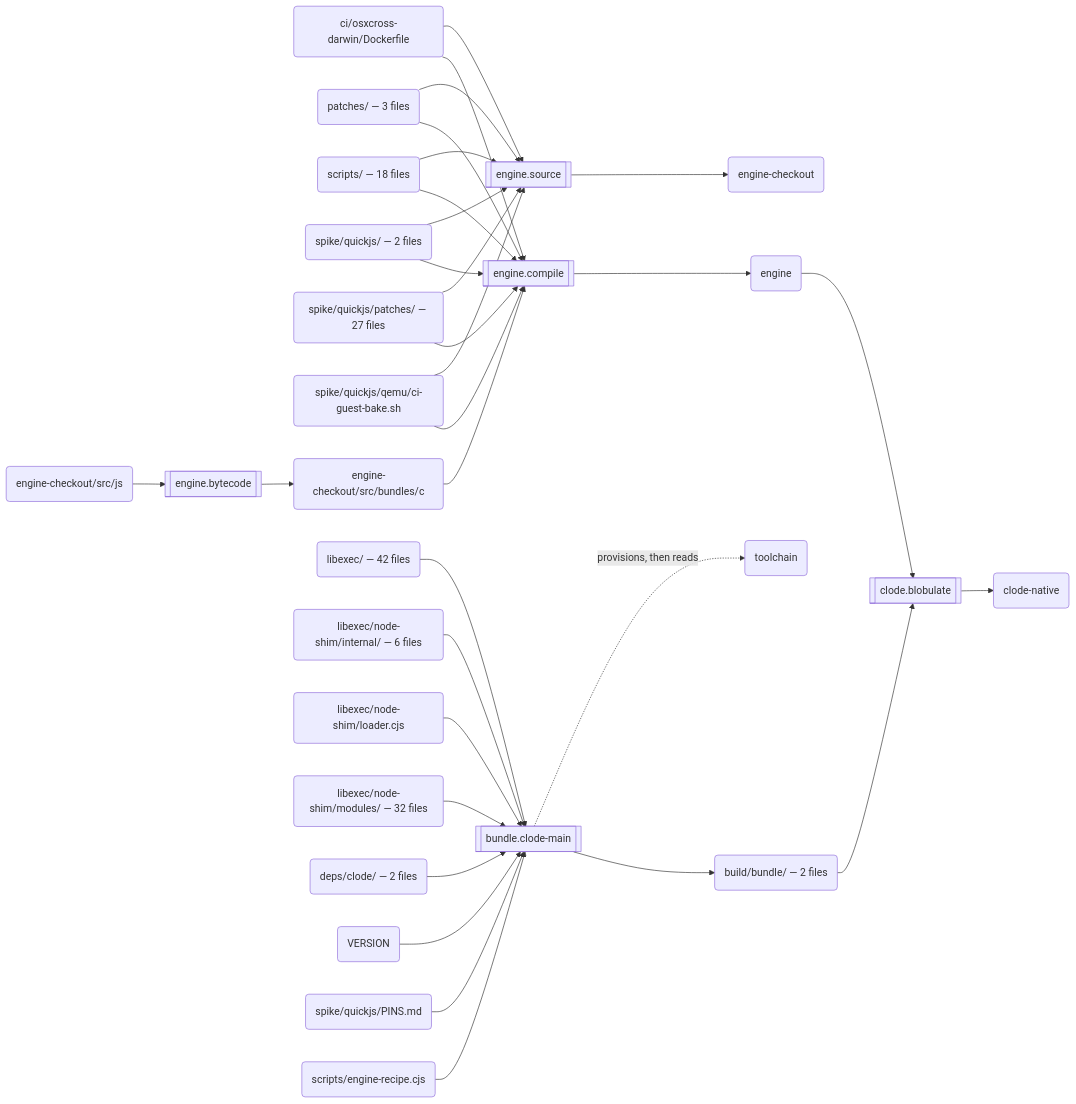
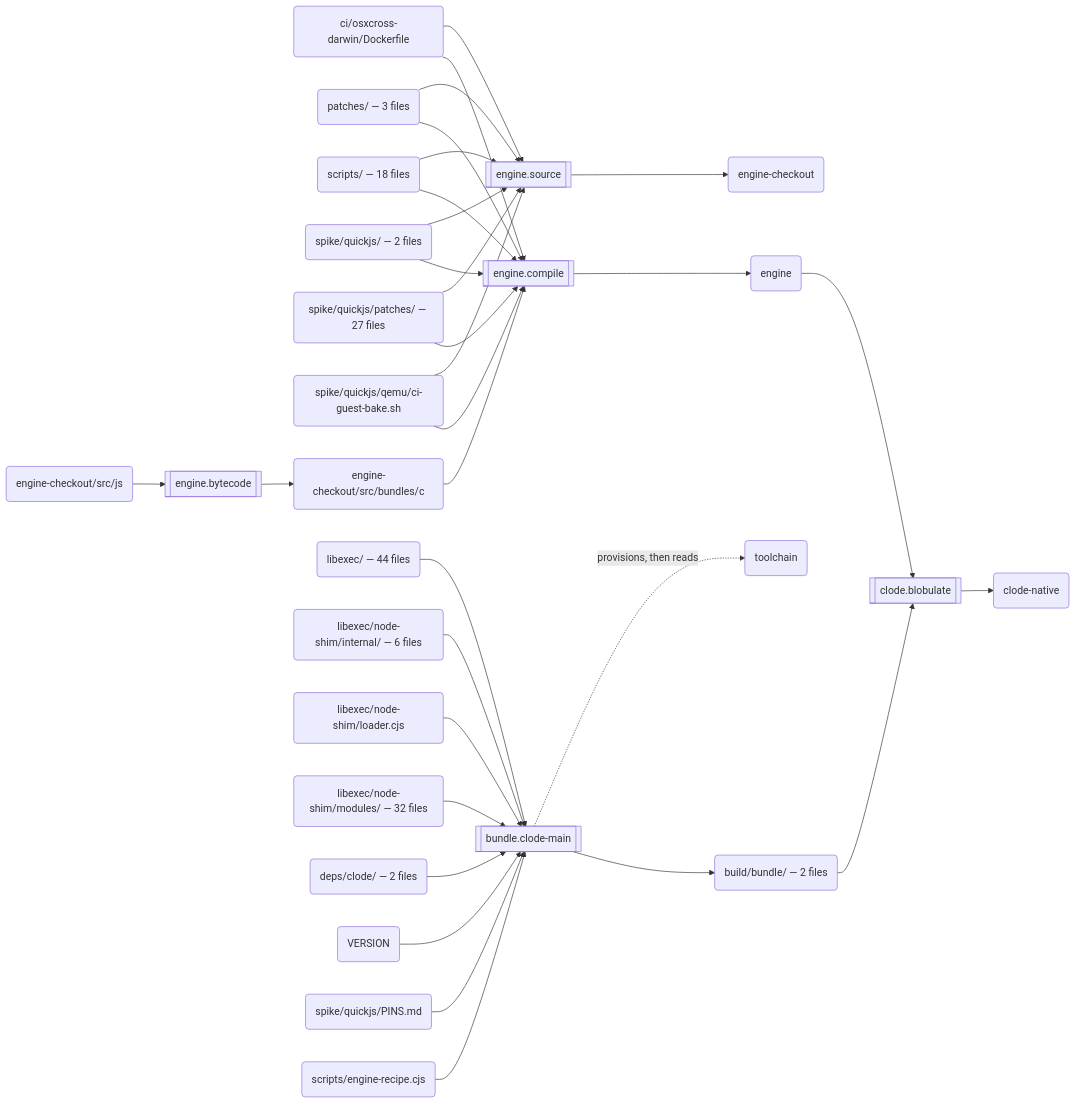
The second of 3 diagrams in docs/build.md (schmonz/clode), drawn with Mermaid before and after one commit. The commit also changed 27 other files, not shown here.

````diff
--- a/docs/build.md
+++ b/docs/build.md
@@ -123,59 +123,59 @@
 ```mermaid
 flowchart LR
   s0[["engine.source"]]
   a0("ci/osxcross-darwin/Dockerfile")
   a1("patches/ — 3 files")
   a2("scripts/ — 18 files")
   a3("spike/quickjs/ — 2 files")
   a4("spike/quickjs/patches/ — 27 files")
   a5("spike/quickjs/qemu/ci-guest-bake.sh")
   a6("engine-checkout")
   s1[["engine.bytecode"]]
   a7("engine-checkout/src/js")
   a8("engine-checkout/src/bundles/c")
   s2[["engine.compile"]]
   a9("engine")
   s3[["bundle.clode-main"]]
-  a10("libexec/ — 42 files")
+  a10("libexec/ — 44 files")
   a11("libexec/node-shim/internal/ — 6 files")
   a12("libexec/node-shim/loader.cjs")
   a13("libexec/node-shim/modules/ — 32 files")
   a14("deps/clode/ — 2 files")
   a15("VERSION")
   a16("spike/quickjs/PINS.md")
   a17("scripts/engine-recipe.cjs")
   a18("toolchain")
   a19("build/bundle/ — 2 files")
   s4[["clode.blobulate"]]
   a20("clode-native")
   a0 --> s0
   a1 --> s0
   a2 --> s0
   a3 --> s0
   a4 --> s0
   a5 --> s0
   s0 --> a6
   a7 --> s1
   s1 --> a8
   a8 --> s2
   a0 --> s2
   a1 --> s2
   a2 --> s2
   a3 --> s2
   a4 --> s2
   a5 --> s2
   s2 --> a9
   a10 --> s3
   a11 --> s3
   a12 --> s3
   a13 --> s3
   a14 --> s3
   a15 --> s3
   a16 --> s3
   a17 --> s3
   s3 -.->|"provisions, then reads"| a18
   s3 --> a19
   a9 --> s4
   a19 --> s4
   s4 --> a20
 ```
````
